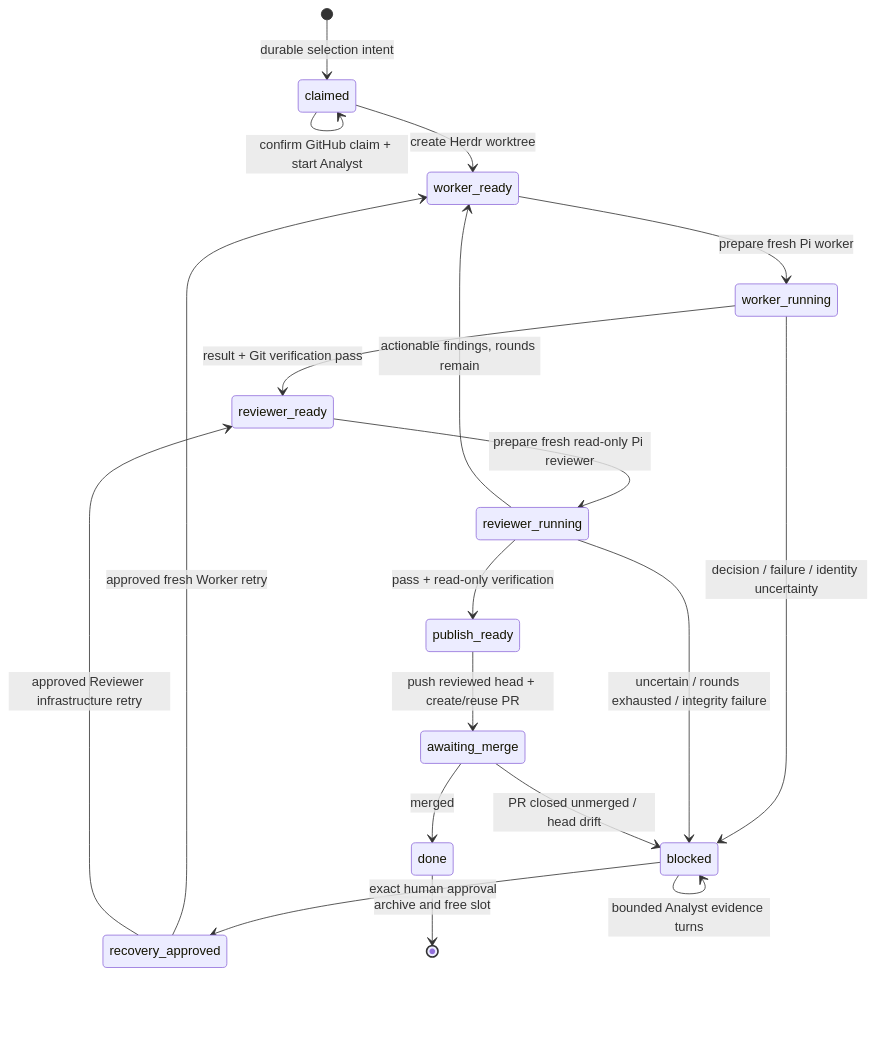
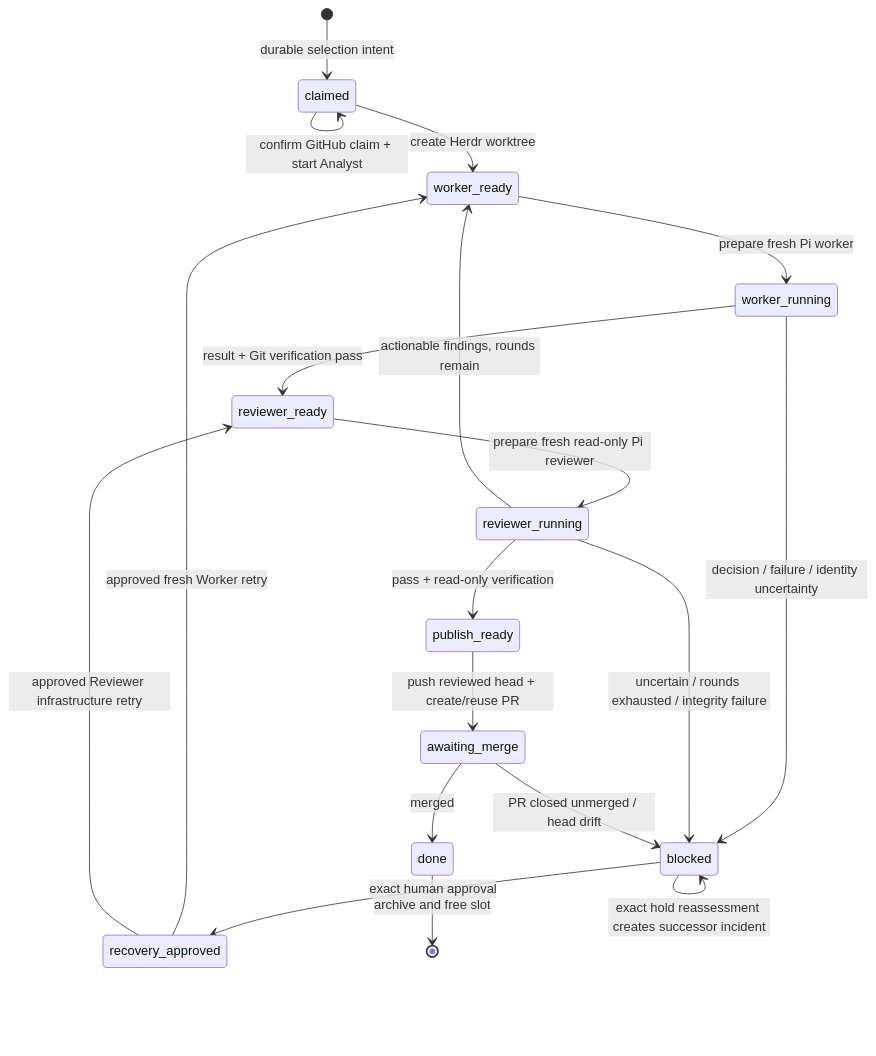
Before and after one commit to Notyet1307/HerdrHarness-lite: the second of 3 diagrams in ARCHITECTURE.zh-CN.md, drawn with Mermaid. The commit also changed other lines of this file and 25 other files, not shown here.

````diff
--- a/ARCHITECTURE.zh-CN.md
+++ b/ARCHITECTURE.zh-CN.md
@@ -184,26 +185,27 @@
 ```mermaid
 stateDiagram-v2
     [*] --> claimed: durable selection intent
     claimed --> claimed: confirm GitHub claim + start Analyst
     claimed --> worker_ready: create Herdr worktree
 
     worker_ready --> worker_running: prepare fresh Pi worker
     worker_running --> reviewer_ready: result + Git verification pass
     worker_running --> blocked: decision / failure / identity uncertainty
 
     reviewer_ready --> reviewer_running: prepare fresh read-only Pi reviewer
     reviewer_running --> publish_ready: pass + read-only verification
     reviewer_running --> worker_ready: actionable findings, rounds remain
     reviewer_running --> blocked: uncertain / rounds exhausted / integrity failure
 
     publish_ready --> awaiting_merge: push reviewed head + create/reuse PR
     awaiting_merge --> done: merged
     awaiting_merge --> blocked: PR closed unmerged / head drift
 
     blocked --> blocked: bounded Analyst evidence turns
+    blocked --> blocked: exact hold reassessment creates successor incident
     blocked --> recovery_approved: exact human approval
     recovery_approved --> worker_ready: approved fresh Worker retry
     recovery_approved --> reviewer_ready: approved Reviewer infrastructure retry
 
     done --> [*]: archive and free slot
 ```
````
